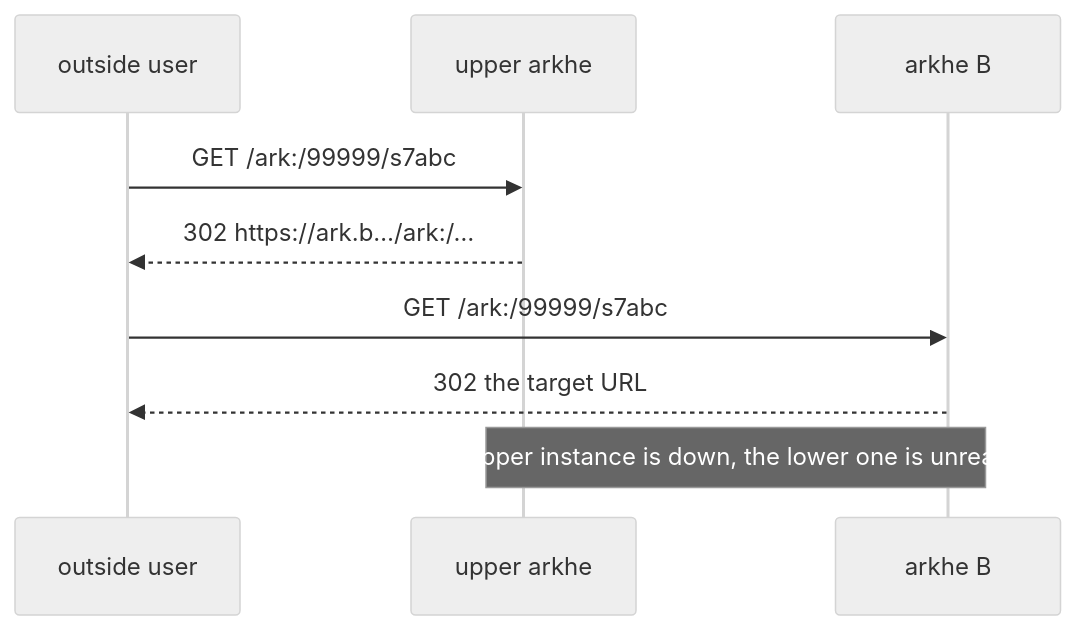
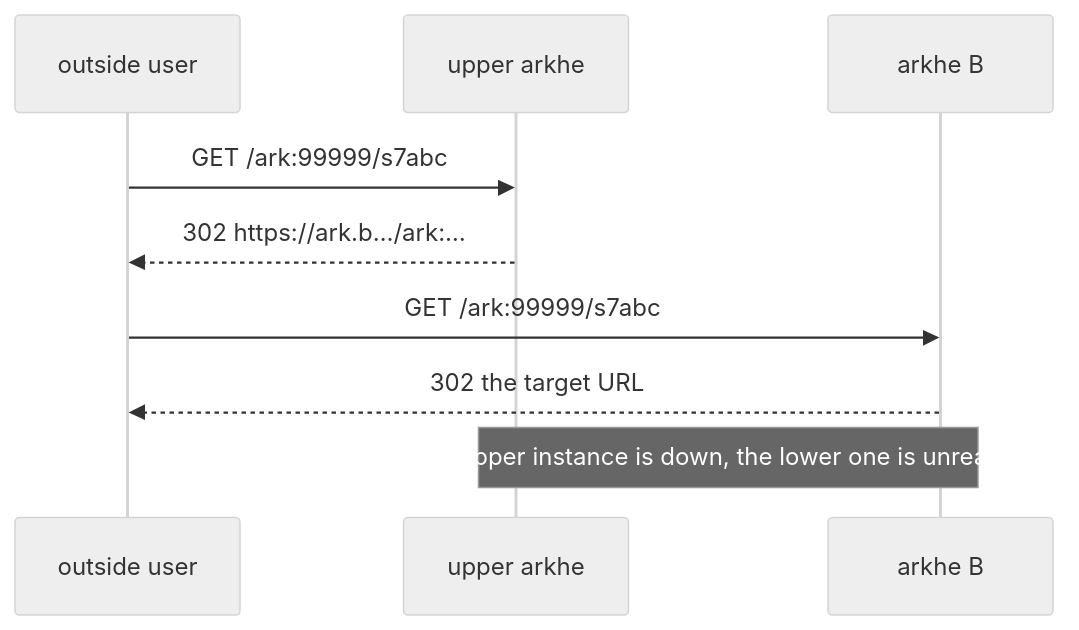
Before and after one commit to RCOSDP/arkhe: the seventh of 14 diagrams in docs/guides/federation.md, drawn with Mermaid (neutral theme). The commit also changed other lines of this file and 75 other files, not shown here.

````diff
--- a/docs/guides/federation.md
+++ b/docs/guides/federation.md
@@ -160,11 +160,11 @@
 ```mermaid
 sequenceDiagram
     participant U as outside user
     participant T as upper arkhe
     participant S as arkhe B
-    U->>T: GET /ark:/99999/s7abc
-    T-->>U: 302 https://ark.b…/ark:/…
-    U->>S: GET /ark:/99999/s7abc
+    U->>T: GET /ark:99999/s7abc
+    T-->>U: 302 https://ark.b…/ark:…
+    U->>S: GET /ark:99999/s7abc
     S-->>U: 302 the target URL
     Note over T,S: if the upper instance is down, the lower one is unreachable
 ```
````
